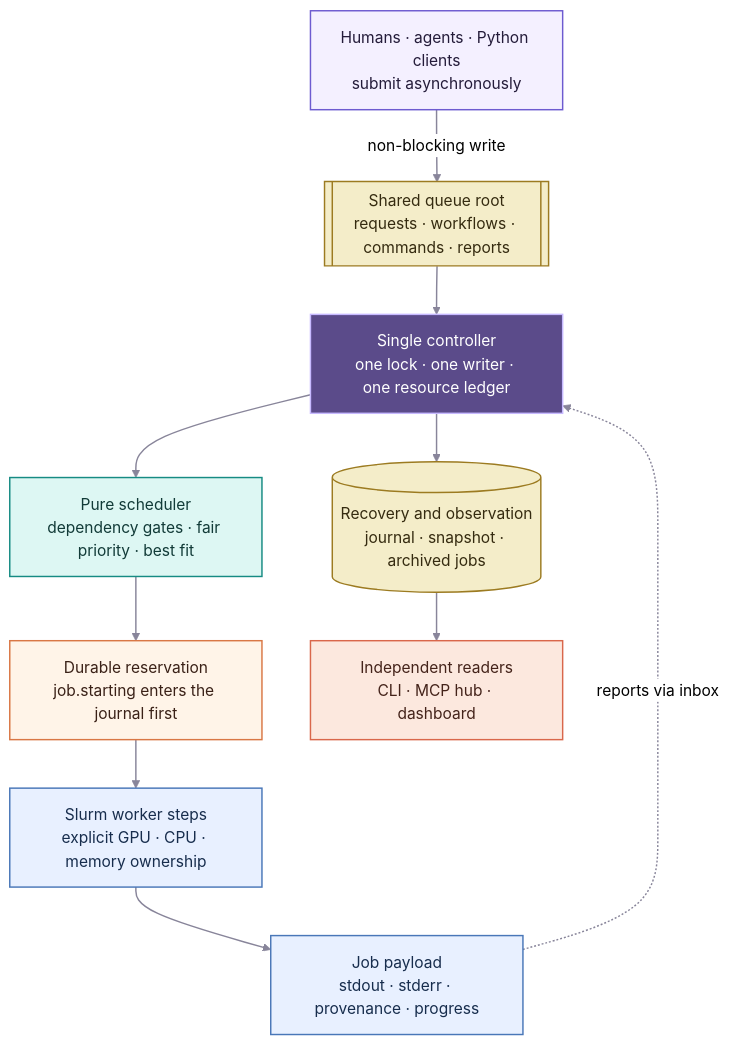
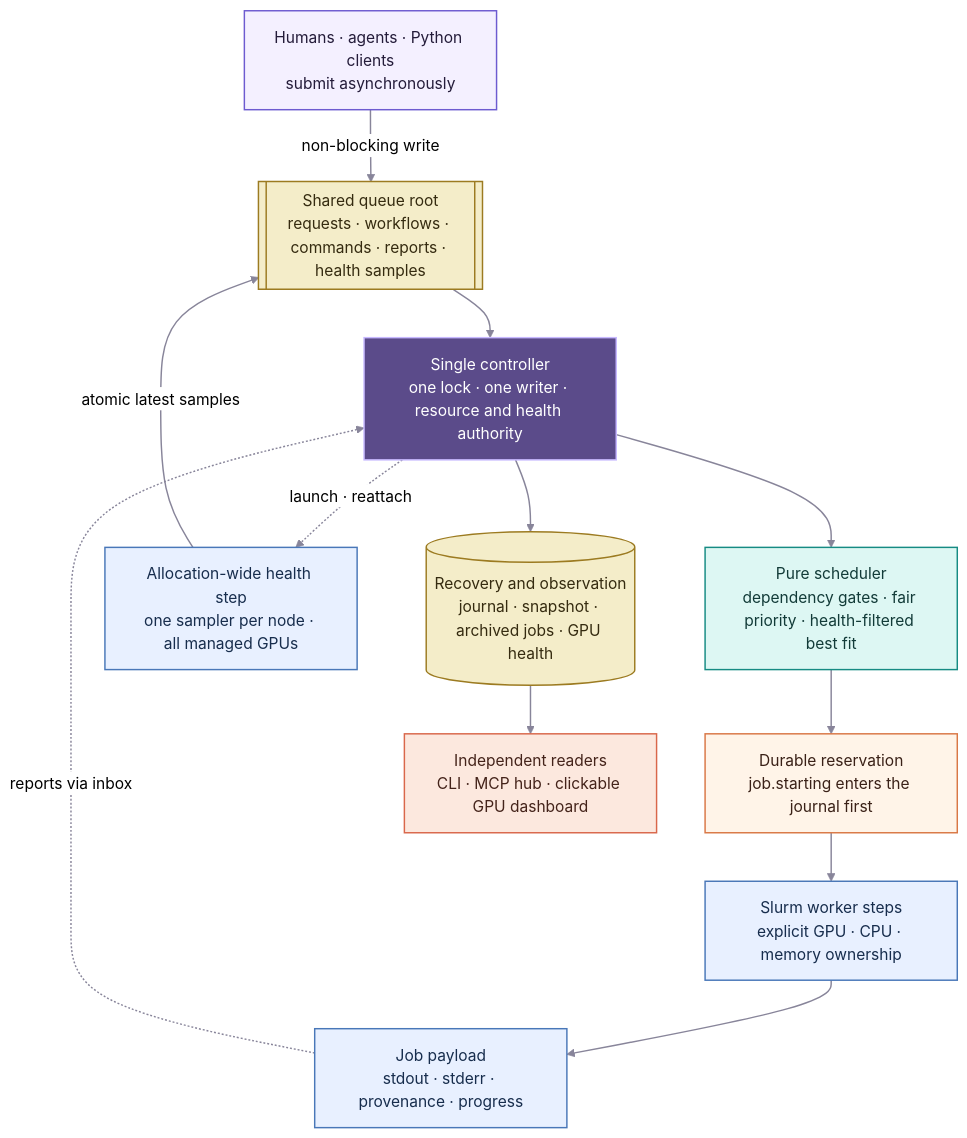
One commit to jamaliki/scruffy changed the first of 2 diagrams in README.md. Above: the diagram before and after it, drawn with Mermaid (neutral theme). The commit also changed other lines of this file and 35 other files, not shown here.

Commit message:
Add GPU health management and Python 3.10 support

````diff
--- a/README.md
+++ b/README.md
@@ -21,43 +21,47 @@
 ```mermaid
 flowchart TB
     producers["Humans · agents · Python clients
 submit asynchronously"]
     inboxes[["Shared queue root
-requests · workflows · commands · reports"]]
+requests · workflows · commands · reports · health samples"]]
     controller["Single controller
-one lock · one writer · one resource ledger"]
+one lock · one writer · resource and health authority"]
     scheduler["Pure scheduler
-dependency gates · fair priority · best fit"]
+dependency gates · fair priority · health-filtered best fit"]
     reserve["Durable reservation
 job.starting enters the journal first"]
     workers["Slurm worker steps
 explicit GPU · CPU · memory ownership"]
+    health["Allocation-wide health step
+one sampler per node · all managed GPUs"]
     payload["Job payload
 stdout · stderr · provenance · progress"]
     state[("Recovery and observation
-journal · snapshot · archived jobs")]
+journal · snapshot · archived jobs · GPU health")]
     observers["Independent readers
-CLI · MCP hub · dashboard"]
+CLI · MCP hub · clickable GPU dashboard"]
 
     producers -->|non-blocking write| inboxes --> controller --> scheduler
     scheduler --> reserve --> workers --> payload
+    controller -.->|launch · reattach| health
+    health -->|atomic latest samples| inboxes
     controller --> state --> observers
     payload -.->|reports via inbox| controller
 
     classDef producer fill:#F4F0FF,stroke:#6D5BD0,color:#241C3A,stroke-width:1.5px;
     classDef storage fill:#F4EDC9,stroke:#9C7B21,color:#352B10,stroke-width:1.5px;
     classDef core fill:#5B4B8A,stroke:#C7B9FF,color:#FFFFFF,stroke-width:1.5px;
     classDef schedule fill:#DDF7F3,stroke:#168B83,color:#123B38,stroke-width:1.5px;
     classDef reservation fill:#FFF4E8,stroke:#D97745,color:#3A2117,stroke-width:1.5px;
     classDef runtime fill:#E8F0FF,stroke:#4977B8,color:#172D4D,stroke-width:1.5px;
     classDef observer fill:#FCE8DE,stroke:#D9674B,color:#44231A,stroke-width:1.5px;
 
     class producers producer;
     class inboxes,state storage;
     class controller core;
     class scheduler schedule;
     class reserve reservation;
-    class workers,payload runtime;
+    class workers,health,payload runtime;
     class observers observer;
     linkStyle default stroke:#88859A,stroke-width:1.5px;
 ```
````
